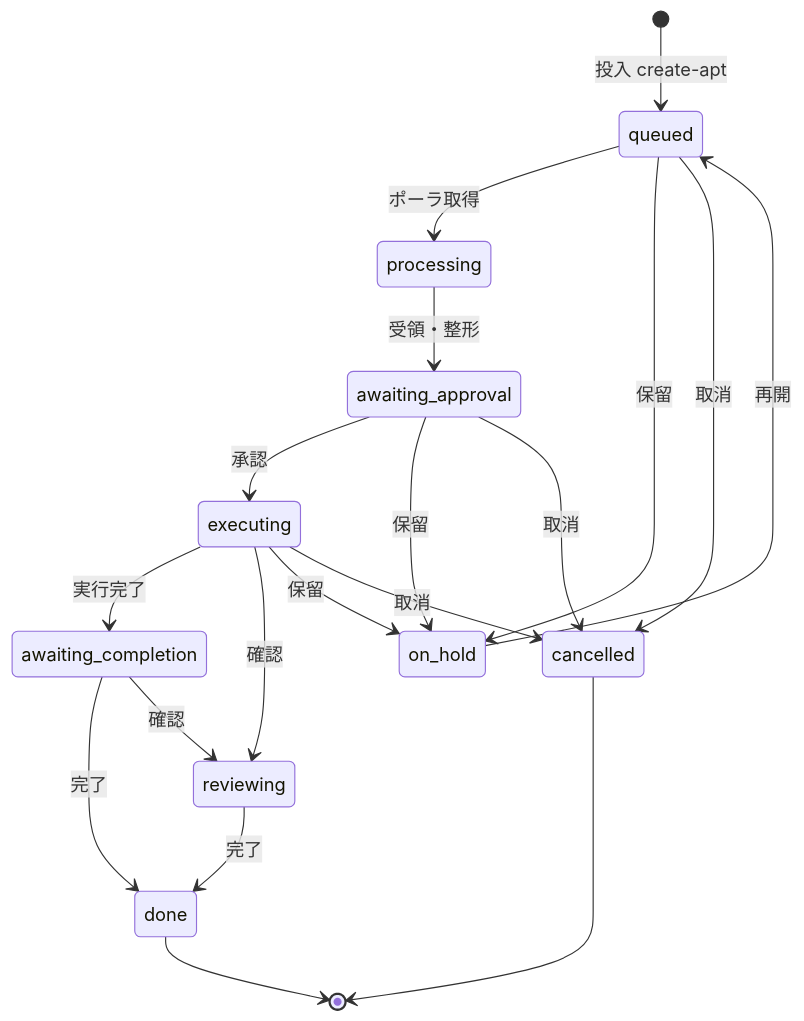
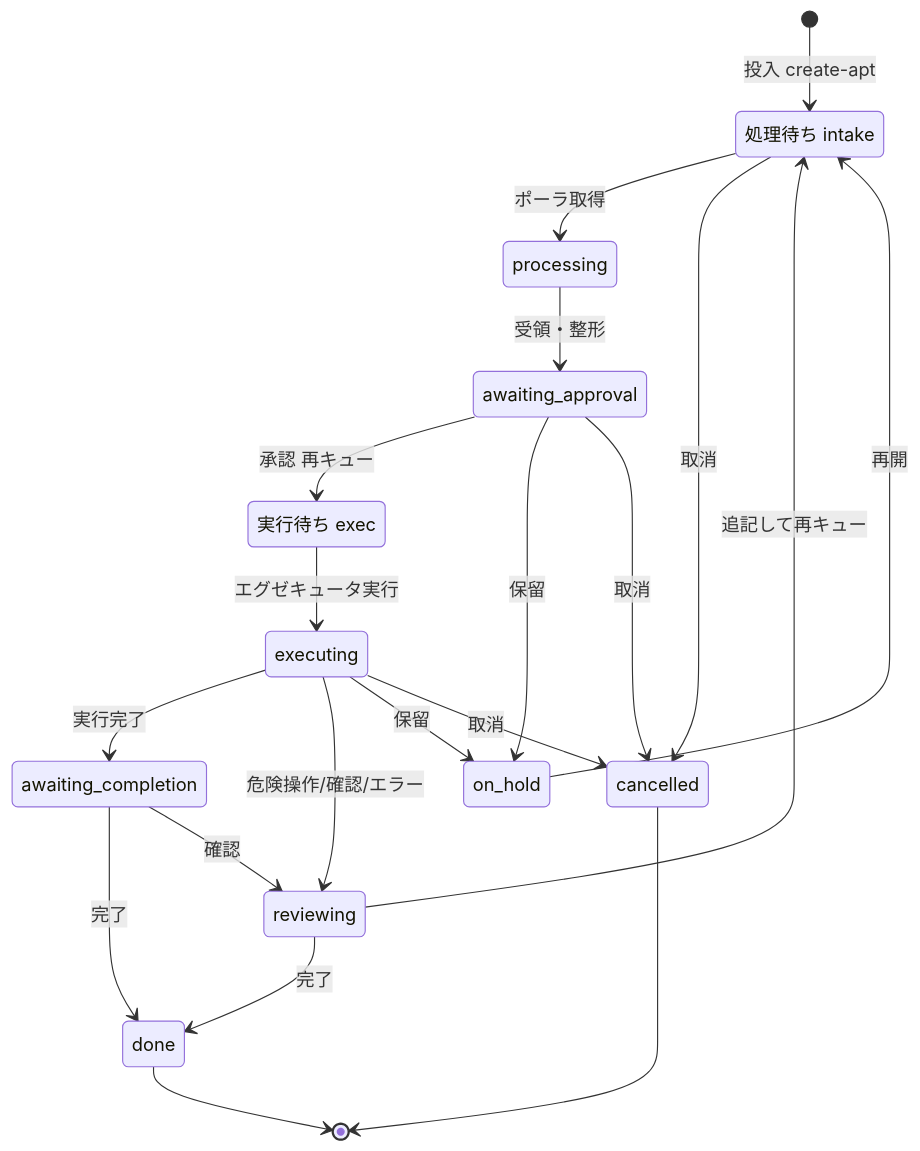
Before and after one commit to TakahitoSuzukiii/public-openclaw-01: the second of 2 diagrams in docs/openclaw/014_DONE_SETUP_task-board.md, drawn with Mermaid. The commit also changed other lines of this file, not shown here.

````diff
--- a/docs/openclaw/014_DONE_SETUP_task-board.md
+++ b/docs/openclaw/014_DONE_SETUP_task-board.md
@@ -48,21 +49,24 @@
 ```mermaid
 stateDiagram-v2
-    [*] --> queued: 投入 create-apt
-    queued --> processing: ポーラ取得
+    state "処理待ち intake" as q_intake
+    state "実行待ち exec" as q_exec
+    [*] --> q_intake: 投入 create-apt
+    q_intake --> processing: ポーラ取得
     processing --> awaiting_approval: 受領・整形
-    awaiting_approval --> executing: 承認
+    awaiting_approval --> q_exec: 承認 再キュー
+    q_exec --> executing: エグゼキュータ実行
     executing --> awaiting_completion: 実行完了
+    executing --> reviewing: 危険操作/確認/エラー
     awaiting_completion --> done: 完了
     awaiting_completion --> reviewing: 確認
-    executing --> reviewing: 確認
+    reviewing --> q_intake: 追記して再キュー
     reviewing --> done: 完了
-    queued --> on_hold: 保留
     awaiting_approval --> on_hold: 保留
     executing --> on_hold: 保留
-    on_hold --> queued: 再開
-    queued --> cancelled: 取消
+    on_hold --> q_intake: 再開
+    q_intake --> cancelled: 取消
     awaiting_approval --> cancelled: 取消
     executing --> cancelled: 取消
     done --> [*]
     cancelled --> [*]
 ```
````
